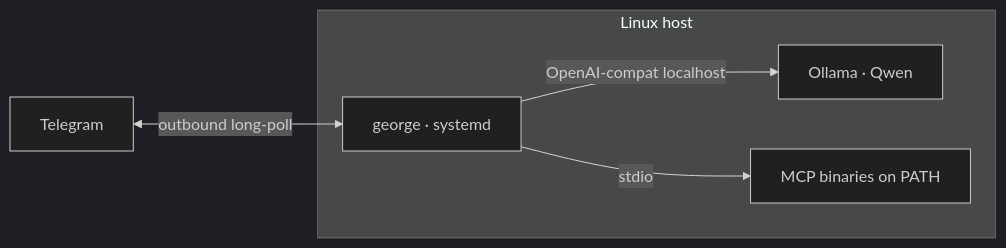
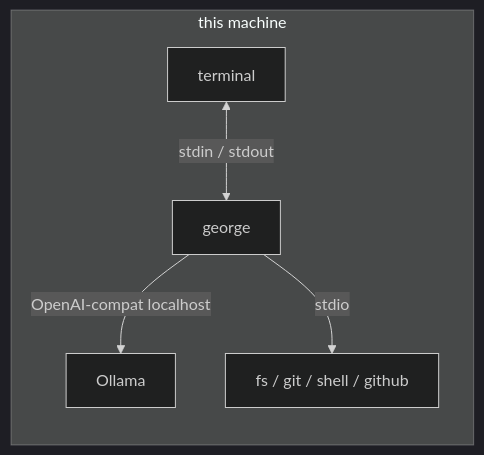
Before and after one commit to shotah/ai-george: the diagram in docs/deploy-native.md, drawn with Mermaid (dark theme). The commit also changed other lines of this file and 54 other files, not shown here.

````diff
--- a/docs/deploy-native.md
+++ b/docs/deploy-native.md
@@ -12,11 +9,13 @@
 ```mermaid
 flowchart LR
-  TG[Telegram] <-->|outbound long-poll| G
-  subgraph Host["Linux host"]
-    G[george · systemd]
-    O[Ollama · Qwen]
-    M[MCP binaries on PATH]
+  U[terminal]
+
+  subgraph Host["this machine"]
+    G[george]
+    O[Ollama]
+    M[fs / git / shell / github]
+    U <-->|stdin / stdout| G
     G -->|OpenAI-compat localhost| O
     G -->|stdio| M
   end
 ```
````
